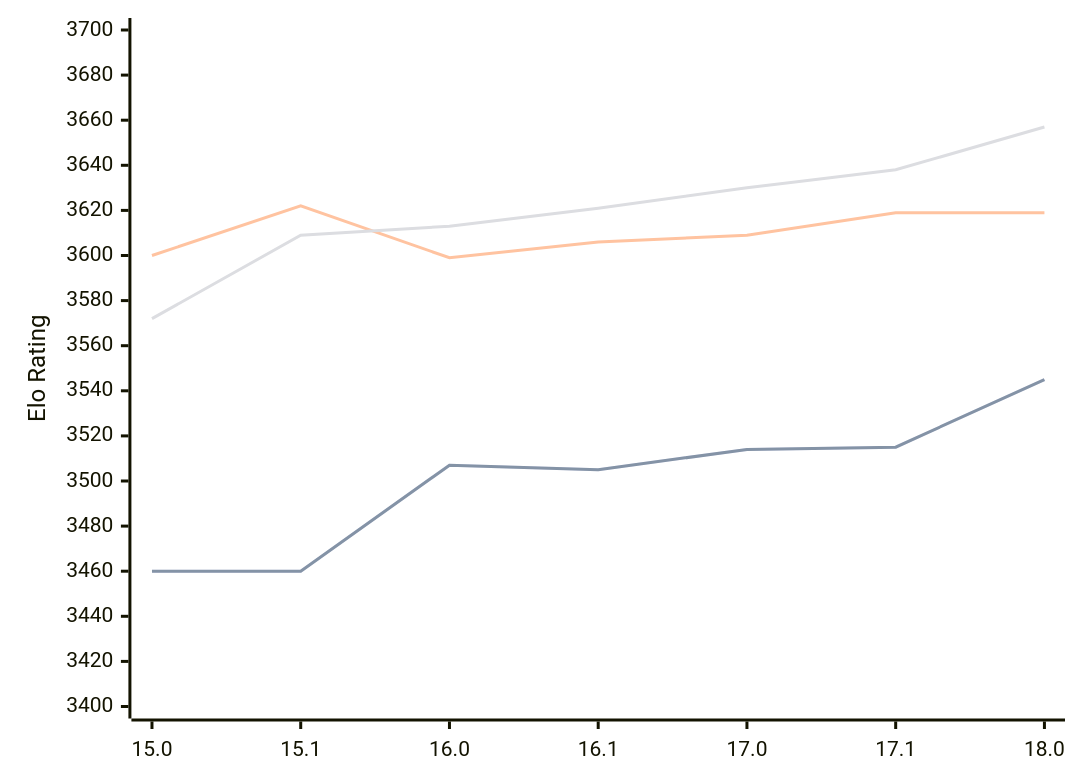
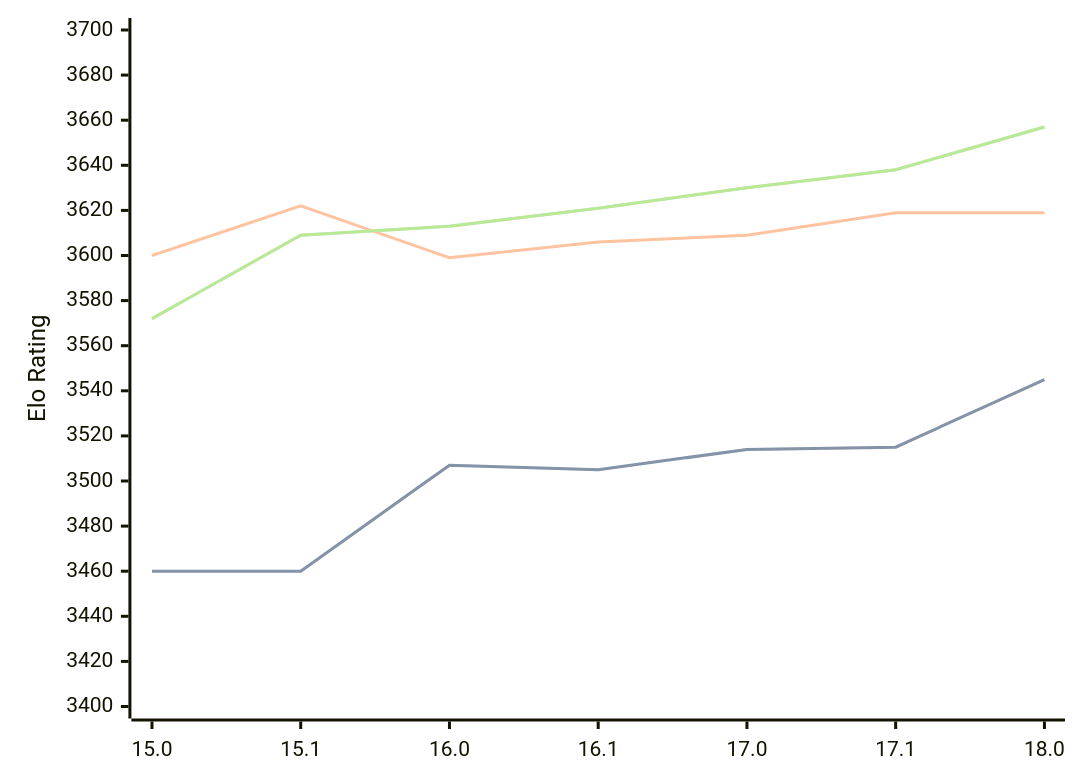
The diagram in engines/Stockfish.md (computer-chess-index/cci), drawn with Mermaid before and after one commit. The commit also changed other lines of this file, not shown here.

Commit message:
Update CCI Ratings (ELO VLTC) - 2026-02-13

````diff
--- a/engines/Stockfish.md
+++ b/engines/Stockfish.md
@@ -43,10 +43,11 @@
 ```mermaid
 %%{init: {"theme":"base","themeVariables":{"seriesColors:['#a3a3a3','#222221','#faa371']}}}%%
 xychart-beta
   x-axis ["15.0", "15.1", "16.0", "16.1", "17.0", "17.1", "18.0"]
   y-axis "Elo Rating" 3400 --> 3700
   line "STC (8.0+0.08s)" [3460, 3460, 3507, 3505, 3514, 3515, 3545]
   line "STC (8.0+0.08s)" [3460, 3460, 3507, 3505, 3514, 3515, 3545]
   line "LTC (60.0+0.60s)" [3600, 3622, 3599, 3606, 3609, 3619, 3619]
   line "VLTC (2m24s+1.12s)" [3572, 3609, 3613, 3621, 3630, 3638, 3657]
+  line "VLTC (2m24s+1.12s)" [3572, 3609, 3613, 3621, 3630, 3638, 3657]
 ```
````
